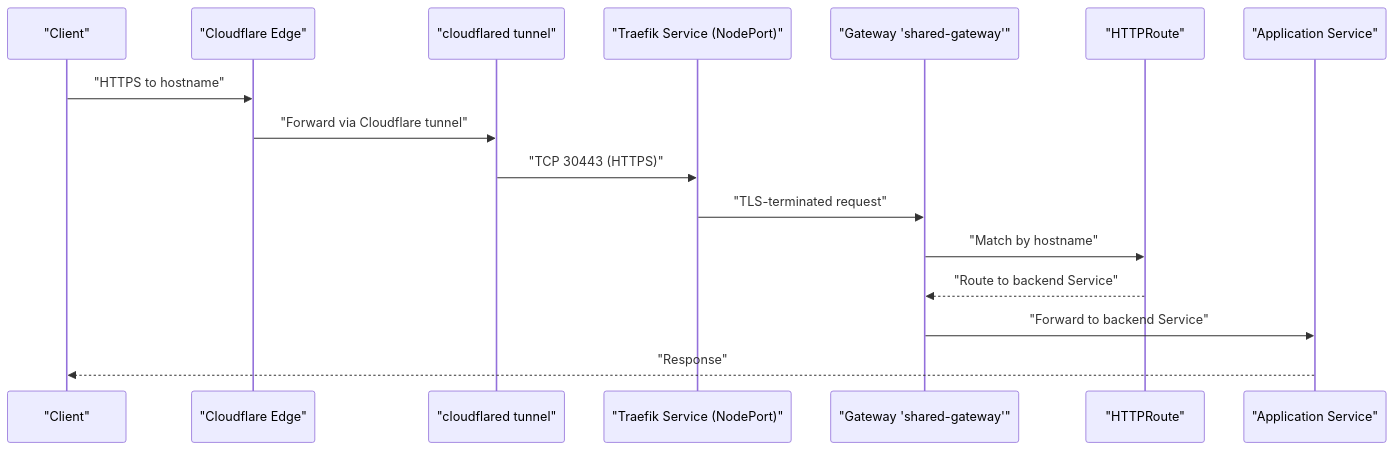
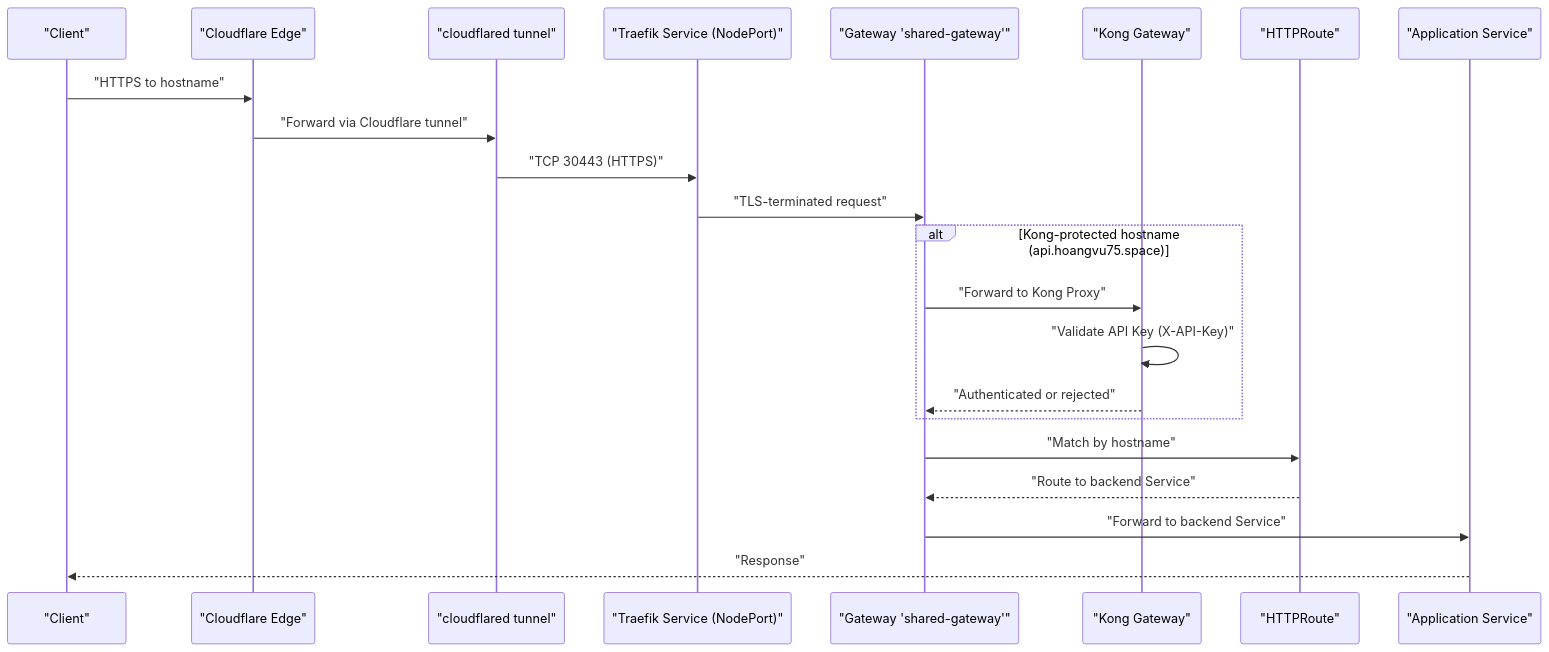
The second of 3 diagrams in .qoder/repowiki/en/content/Architecture and Design/Network Flow and Ingress Architecture.md (Hoangvu75/k8s_manifest), drawn with Mermaid before and after one commit. The commit also changed other lines of this file and 2 other files, not shown here.

Commit message:
docs: add Kong Gateway guide + update README and network flow

````diff
--- a/.qoder/repowiki/en/content/Architecture and Design/Network Flow and Ingress Architecture.md
+++ b/.qoder/repowiki/en/content/Architecture and Design/Network Flow and Ingress Architecture.md
@@ -127,18 +144,24 @@
 ```mermaid
 sequenceDiagram
 participant Client as "Client"
 participant CF as "Cloudflare Edge"
 participant TNL as "cloudflared tunnel"
 participant SVC as "Traefik Service (NodePort)"
 participant GW as "Gateway 'shared-gateway'"
+participant KONG as "Kong Gateway"
 participant RT as "HTTPRoute"
 participant APP as "Application Service"
 Client->>CF : "HTTPS to hostname"
 CF->>TNL : "Forward via Cloudflare tunnel"
 TNL->>SVC : "TCP 30443 (HTTPS)"
 SVC->>GW : "TLS-terminated request"
+alt Kong-protected hostname (api.hoangvu75.space)
+GW->>KONG : "Forward to Kong Proxy"
+KONG->>KONG : "Validate API Key (X-API-Key)"
+KONG-->>GW : "Authenticated or rejected"
+end
 GW->>RT : "Match by hostname"
 RT-->>GW : "Route to backend Service"
 GW->>APP : "Forward to backend Service"
 APP-->>Client : "Response"
 ```
````
